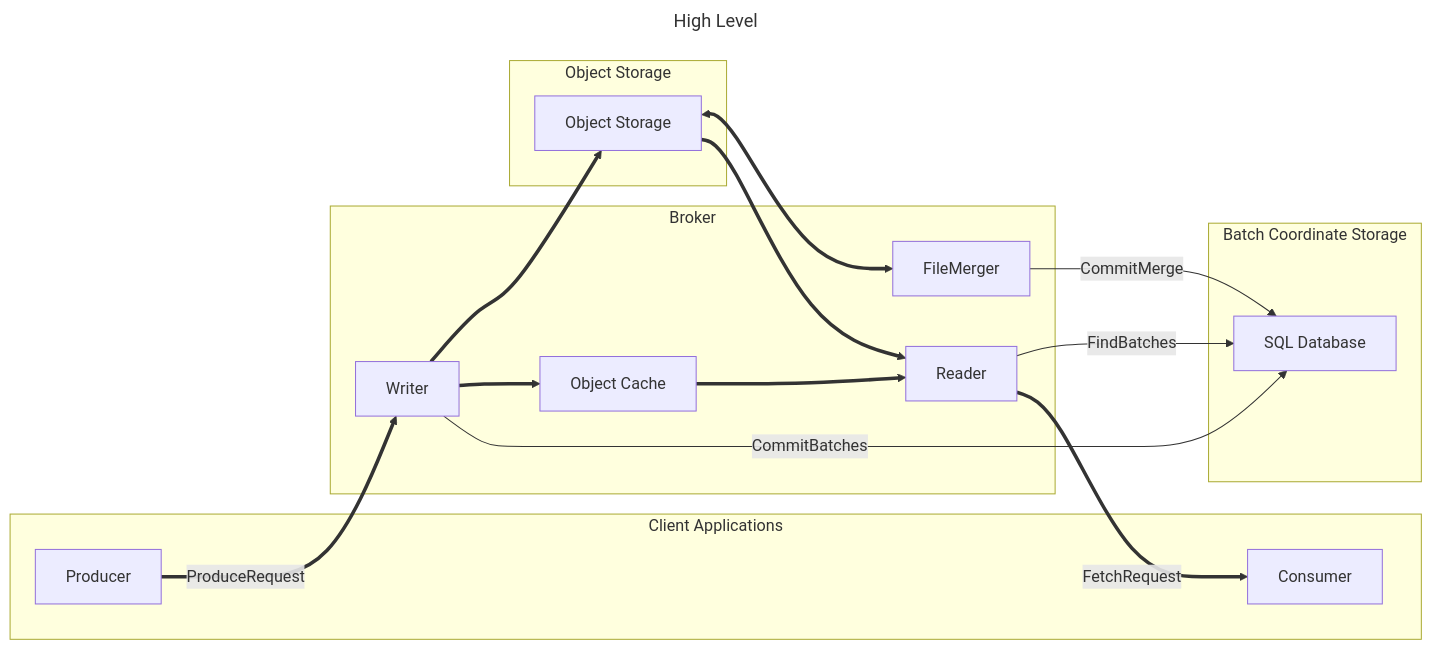
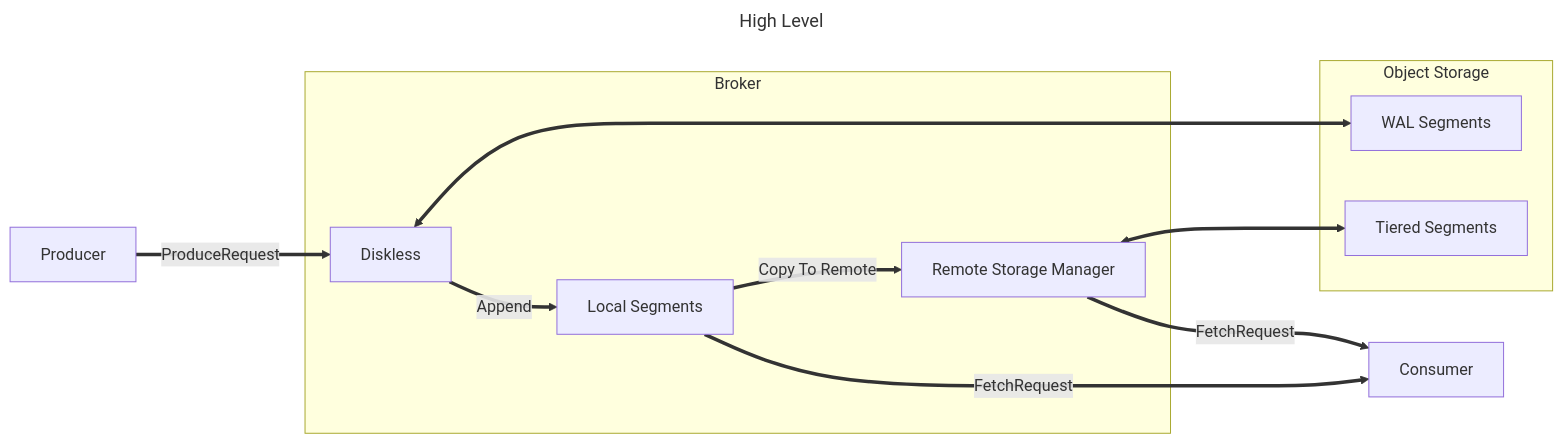
One commit to aiven/inkless changed the first of 4 diagrams in docs/inkless/ARCHITECTURE.md. Above: the diagram before and after it, drawn with Mermaid. The commit also changed other lines of this file, not shown here.

Commit message:
New architecture diagrams

````diff
--- a/docs/inkless/ARCHITECTURE.md
+++ b/docs/inkless/ARCHITECTURE.md
@@ -3,28 +3,23 @@
 ```mermaid
 ---
 title: High Level
 ---
 flowchart LR
-    subgraph ClientsA[Client Applications]
-        Producer[Producer]
-        Consumer[Consumer]
-    end
+    Producer[Producer]
+    Consumer[Consumer]
     subgraph Service[Broker]
-        Writer[Writer]
-        Reader[Reader]
-        Merger[FileMerger]
-        ObjectCache[Object Cache]
+        Diskless[Diskless]
+        Local[Local Segments]
+        RemoteStorageManager[Remote Storage Manager]
     end
     subgraph Cloud[Object Storage]
-        ObjectStorage[Object Storage]
+        ObjectStorage[WAL Segments]
+        TieredStorage[Tiered Segments]
     end
-    subgraph Metadata[Batch Coordinate Storage]
-        BatchIndex[SQL Database]
-    end
-    Producer == ProduceRequest ==> Writer ==> ObjectStorage & ObjectCache
-    ObjectStorage <==> Merger
-    Reader -- FindBatches --> BatchIndex
-    ObjectStorage & ObjectCache ==> Reader == FetchRequest ==> Consumer
-    Writer -- CommitBatches --> BatchIndex
-    Merger -- CommitMerge --> BatchIndex 
+    Producer == ProduceRequest ==> Diskless
+    Diskless <==> ObjectStorage
+    Diskless == Append ==> Local 
+    Local & RemoteStorageManager == FetchRequest ==> Consumer
+    Local == Copy To Remote ==> RemoteStorageManager 
+    RemoteStorageManager <==> TieredStorage
 ```
````
